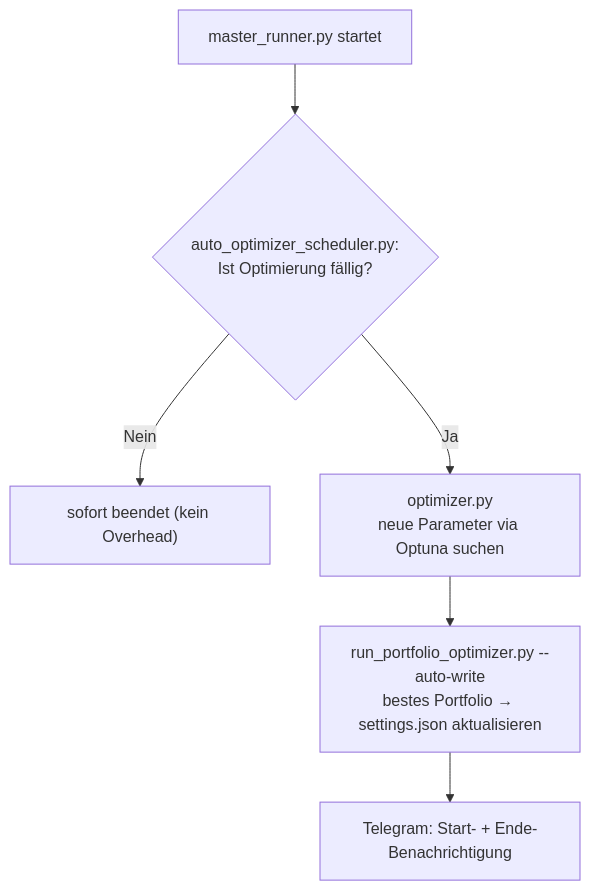
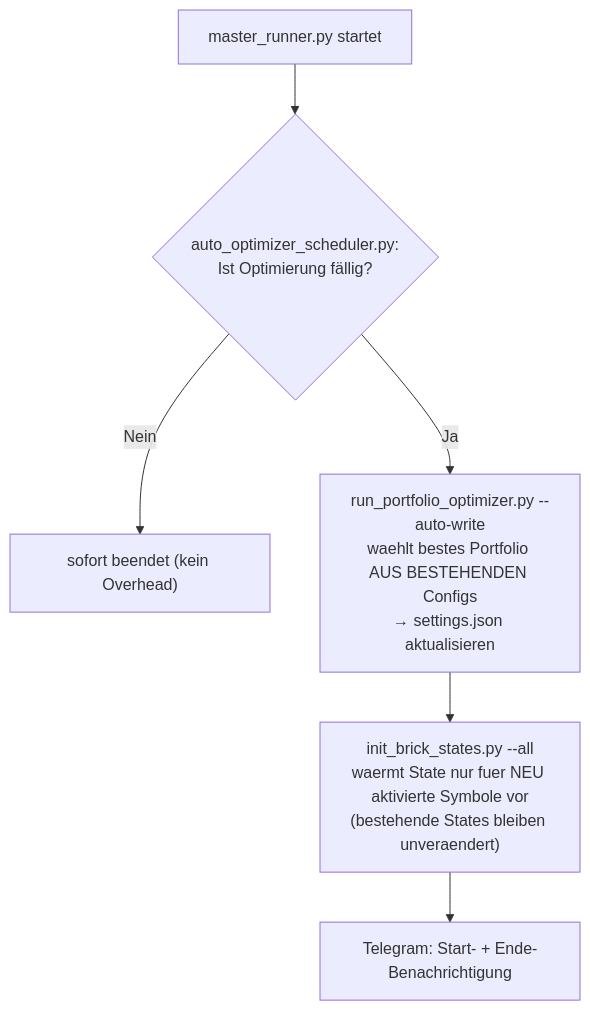
Before and after one commit to Youra82/zerobot: the sixth of 7 diagrams in README.md, drawn with Mermaid. The commit also changed other lines of this file, not shown here.

First line of the commit message:
README: Dokumentationsfehler zum woechentlichen Auto-Optimizer korrigiert

````diff
--- a/README.md
+++ b/README.md
@@ -920,8 +920,8 @@
 ```mermaid
 flowchart TD
     A["master_runner.py startet"] --> B{"auto_optimizer_scheduler.py:<br/>Ist Optimierung fällig?"}
     B -- Nein --> C["sofort beendet (kein Overhead)"]
-    B -- Ja --> D["optimizer.py<br/>neue Parameter via Optuna suchen"]
-    D --> E["run_portfolio_optimizer.py --auto-write<br/>bestes Portfolio → settings.json aktualisieren"]
+    B -- Ja --> D["run_portfolio_optimizer.py --auto-write<br/>waehlt bestes Portfolio AUS BESTEHENDEN Configs<br/>→ settings.json aktualisieren"]
+    D --> E["init_brick_states.py --all<br/>waermt State nur fuer NEU aktivierte Symbole vor<br/>(bestehende States bleiben unveraendert)"]
     E --> F["Telegram: Start- + Ende-Benachrichtigung"]
 ```
````
